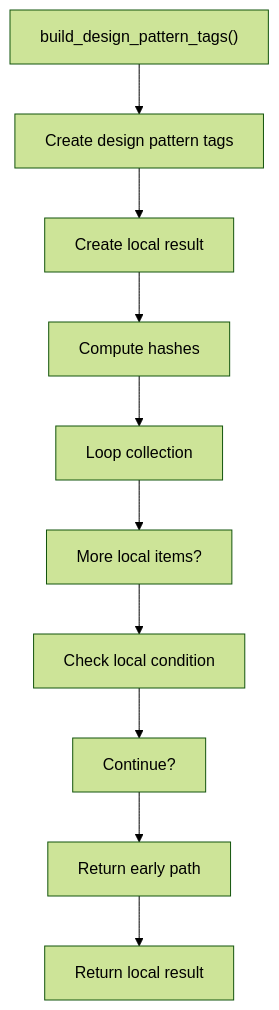
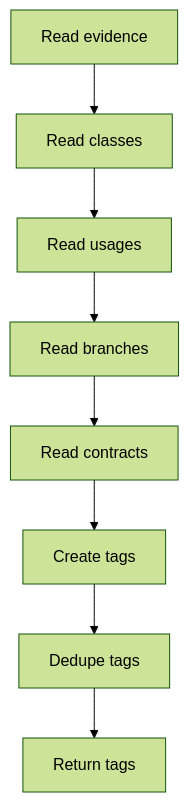
Before and after one commit to JohnAndrewBalbarosa/NeoTerritory: the diagram in docs/Codebase/Microservice/Modules/Source/OutputGeneration/DocumentationTagger/build_design_pattern_tags.cpp.md, drawn with Mermaid (forest theme). The commit also changed other lines of this file and 25 other files, not shown here.

First line of the commit message:
Update docs for live class-analysis flow

````diff
--- a/docs/Codebase/Microservice/Modules/Source/OutputGeneration/DocumentationTagger/build_design_pattern_tags.cpp.md
+++ b/docs/Codebase/Microservice/Modules/Source/OutputGeneration/DocumentationTagger/build_design_pattern_tags.cpp.md
@@ -26,22 +19,18 @@
 ```mermaid
 flowchart TD
-    N0["build_design_pattern_tags()"]
-    N1["Create design pattern tags"]
-    N2["Create local result"]
-    N3["Compute hashes"]
-    N4["Loop collection"]
-    N5["More local items?"]
-    N6["Check local condition"]
-    N7["Continue?"]
-    N8["Return early path"]
-    N9["Return local result"]
+    Start["Read evidence"]
+    N0["Read classes"]
+    N1["Read usages"]
+    N2["Read branches"]
+    N3["Read contracts"]
+    N4["Create tags"]
+    N5["Dedupe tags"]
+    End["Return tags"]
+    Start --> N0
     N0 --> N1
     N1 --> N2
     N2 --> N3
     N3 --> N4
     N4 --> N5
-    N5 --> N6
-    N6 --> N7
-    N7 --> N8
-    N8 --> N9
+    N5 --> End
 ```
````
